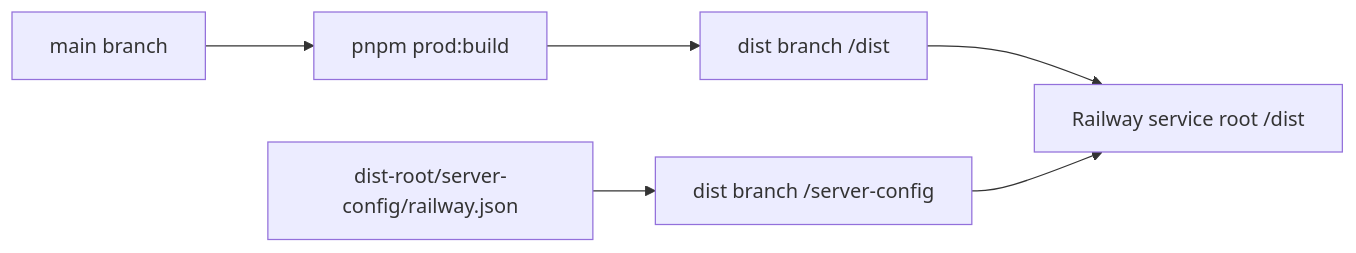
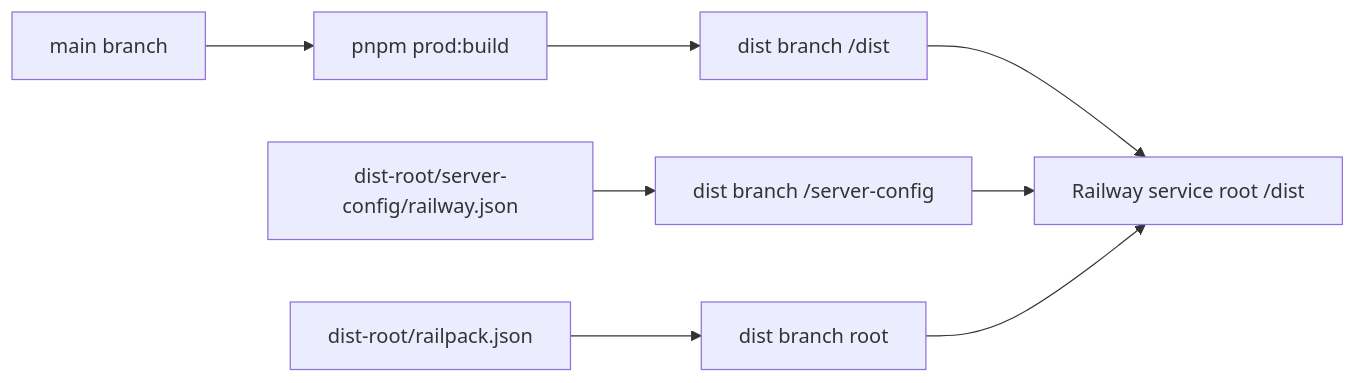
One commit to Nexthood/useclevr-production-2026 changed the diagram in docs/Developer_Guides/RAILWAY_DEPLOYMENT.md. Above: the diagram before and after it, drawn with Mermaid. The commit also changed other lines of this file and 49 other files, not shown here.

````diff
--- a/docs/Developer_Guides/RAILWAY_DEPLOYMENT.md
+++ b/docs/Developer_Guides/RAILWAY_DEPLOYMENT.md
@@ -29,8 +29,10 @@
 ```mermaid
 flowchart LR
   Main[main branch] --> Build[pnpm prod:build]
   Build --> DistBranch[dist branch /dist]
   Config[dist-root/server-config/railway.json] --> ServerConfig[dist branch /server-config]
+  Railpack[dist-root/railpack.json] --> RailpackRoot[dist branch root]
   DistBranch --> Railway[Railway service root /dist]
   ServerConfig --> Railway
+  RailpackRoot --> Railway
 ```
````
